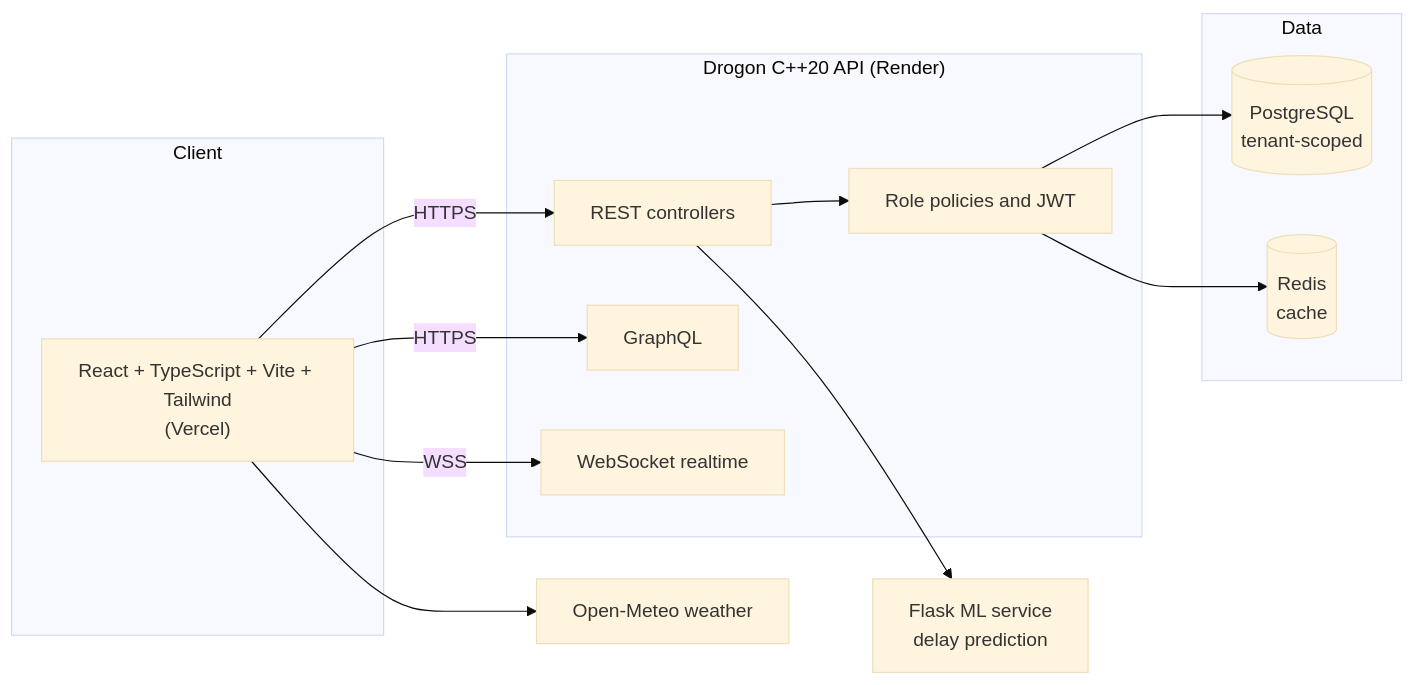
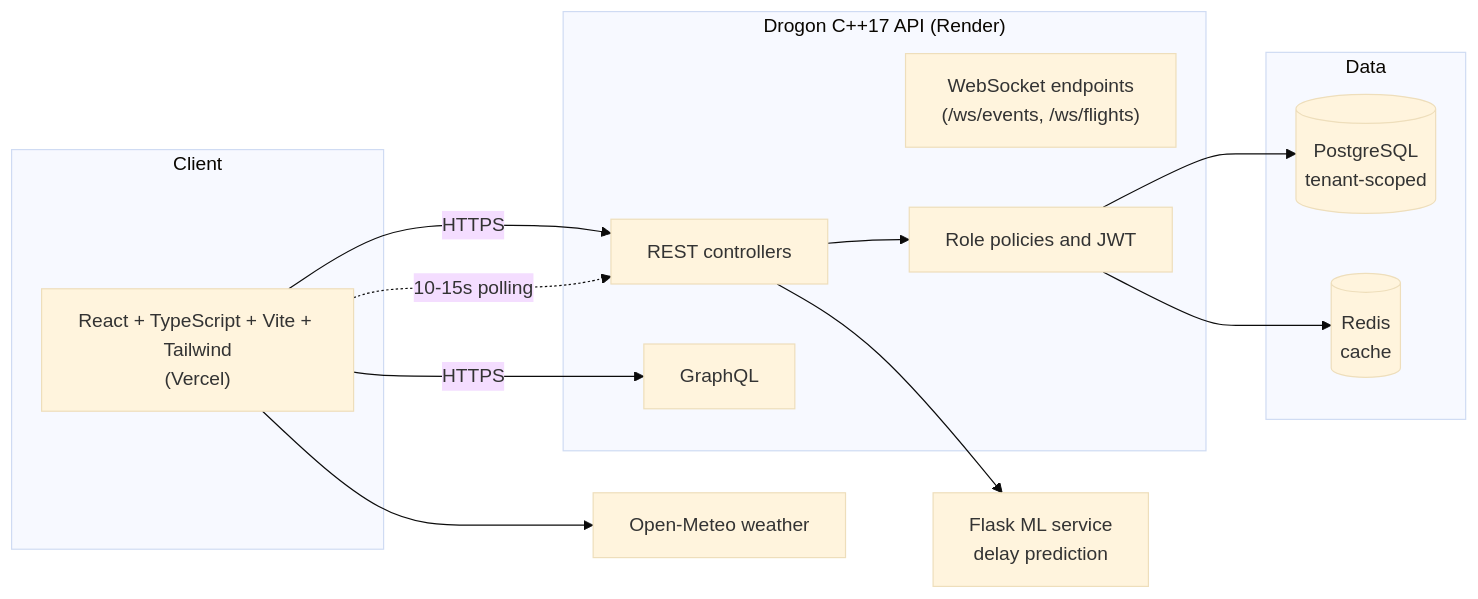
The diagram in README.md (helloAi0/AeroBaseIndia), drawn with Mermaid (base theme) before and after one commit. The commit also changed other lines of this file and 1 other file, not shown here.

First line of the commit message:
docs: technical dossier; README accuracy fixes (C++17, realtime polling, payment gateways)

````diff
--- a/README.md
+++ b/README.md
@@ -219,27 +219,27 @@
 ```mermaid
 flowchart LR
   subgraph Client
     FE["React + TypeScript + Vite + Tailwind<br/>(Vercel)"]
   end
-  subgraph API["Drogon C++20 API (Render)"]
+  subgraph API["Drogon C++17 API (Render)"]
     REST["REST controllers"]
     GQL["GraphQL"]
-    WS["WebSocket realtime"]
+    WS["WebSocket endpoints<br/>(/ws/events, /ws/flights)"]
     POL["Role policies and JWT"]
   end
   subgraph Data
     PG[("PostgreSQL<br/>tenant-scoped")]
     RD[("Redis<br/>cache")]
   end
   ML["Flask ML service<br/>delay prediction"]
   EXT["Open-Meteo weather"]
 
   FE -- HTTPS --> REST
   FE -- HTTPS --> GQL
-  FE -- WSS --> WS
+  FE -. 10-15s polling .-> REST
   REST --> POL
   POL --> PG
   POL --> RD
   REST --> ML
   FE --> EXT
 ```
````
